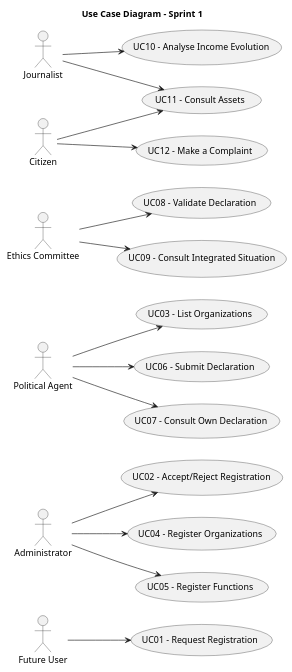
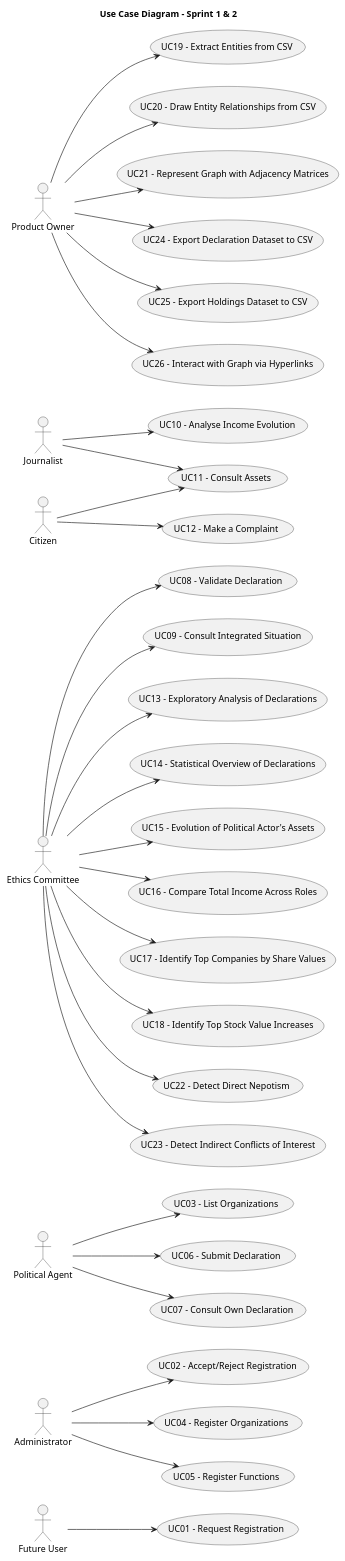
One commit to brunodspinto/crystal-clear-platform changed the diagram in docs/system-documentation/global-artifacts/01.requirements-engineering/puml/UCD.puml. Above: the diagram before and after it, drawn with PlantUML. The commit also changed 5 other files, not shown here.

```diff
--- a/docs/system-documentation/global-artifacts/01.requirements-engineering/puml/UCD.puml
+++ b/docs/system-documentation/global-artifacts/01.requirements-engineering/puml/UCD.puml
@@ -1,48 +1,79 @@
 @startuml
 skinparam monochrome true
 skinparam packageStyle rectangle
 skinparam shadowing false
 
 left to right direction
 
-title Use Case Diagram - Sprint 1
+title Use Case Diagram - Sprint 1 & 2
 
 actor "Future User" as FutureUser
 actor "Administrator" as Admin
 actor "Political Agent" as Agent
 actor "Ethics Committee" as Ethics
 actor "Journalist" as Journalist
 actor "Citizen" as Citizen
+actor "Product Owner" as PO
 
 usecase "UC01 - Request Registration" as US01
 usecase "UC02 - Accept/Reject Registration" as US02
 usecase "UC03 - List Organizations" as US03
 usecase "UC04 - Register Organizations" as US04
 usecase "UC05 - Register Functions" as US05
 usecase "UC06 - Submit Declaration" as US06
 usecase "UC07 - Consult Own Declaration" as US07
 usecase "UC08 - Validate Declaration" as US08
 usecase "UC09 - Consult Integrated Situation" as US09
 usecase "UC10 - Analyse Income Evolution" as US10
 usecase "UC11 - Consult Assets" as US11
 usecase "UC12 - Make a Complaint" as US12
+usecase "UC13 - Exploratory Analysis of Declarations" as US13
+usecase "UC14 - Statistical Overview of Declarations" as US14
+usecase "UC15 - Evolution of Political Actor's Assets" as US15
+usecase "UC16 - Compare Total Income Across Roles" as US16
+usecase "UC17 - Identify Top Companies by Share Values" as US17
+usecase "UC18 - Identify Top Stock Value Increases" as US18
+usecase "UC19 - Extract Entities from CSV" as US19
+usecase "UC20 - Draw Entity Relationships from CSV" as US20
+usecase "UC21 - Represent Graph with Adjacency Matrices" as US21
+usecase "UC22 - Detect Direct Nepotism" as US22
+usecase "UC23 - Detect Indirect Conflicts of Interest" as US23
+usecase "UC24 - Export Declaration Dataset to CSV" as US24
+usecase "UC25 - Export Holdings Dataset to CSV" as US25
+usecase "UC26 - Interact with Graph via Hyperlinks" as US26
 
 FutureUser --> US01
 Admin --> US02
 Admin --> US04
 Admin --> US05
 
 Agent --> US03
 Agent --> US06
 Agent --> US07
 
 Ethics --> US08
 Ethics --> US09
 
 Journalist --> US10
 Journalist --> US11
 
 Citizen --> US11
 Citizen --> US12
 
+Ethics --> US13
+Ethics --> US14
+Ethics --> US15
+Ethics --> US16
+Ethics --> US17
+Ethics --> US18
+Ethics --> US22
+Ethics --> US23
+
+PO --> US19
+PO --> US20
+PO --> US21
+PO --> US24
+PO --> US25
+PO --> US26
+
 @enduml
```
